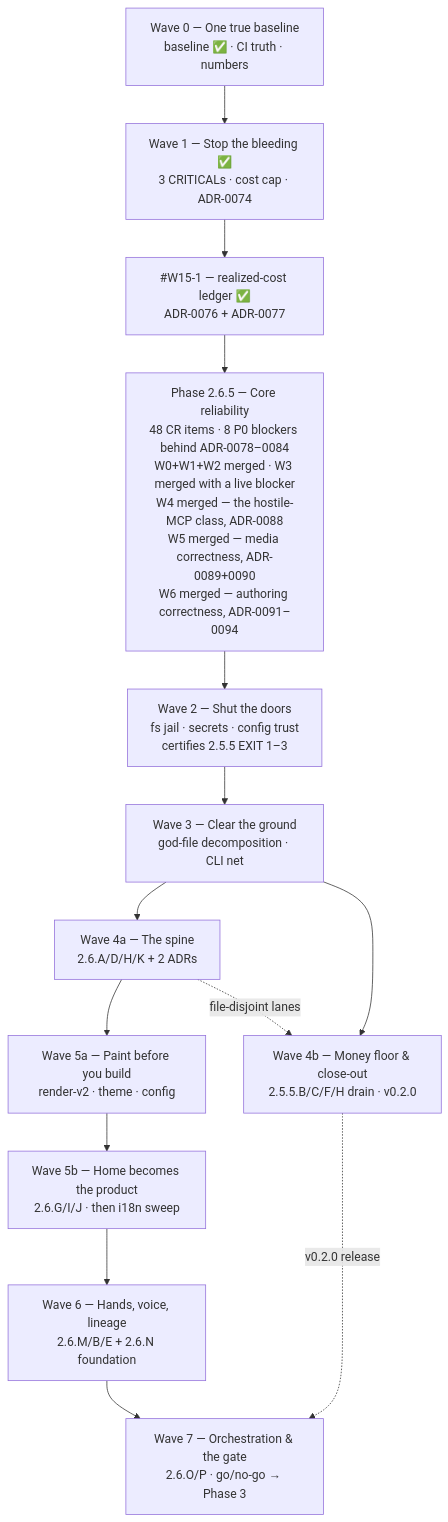
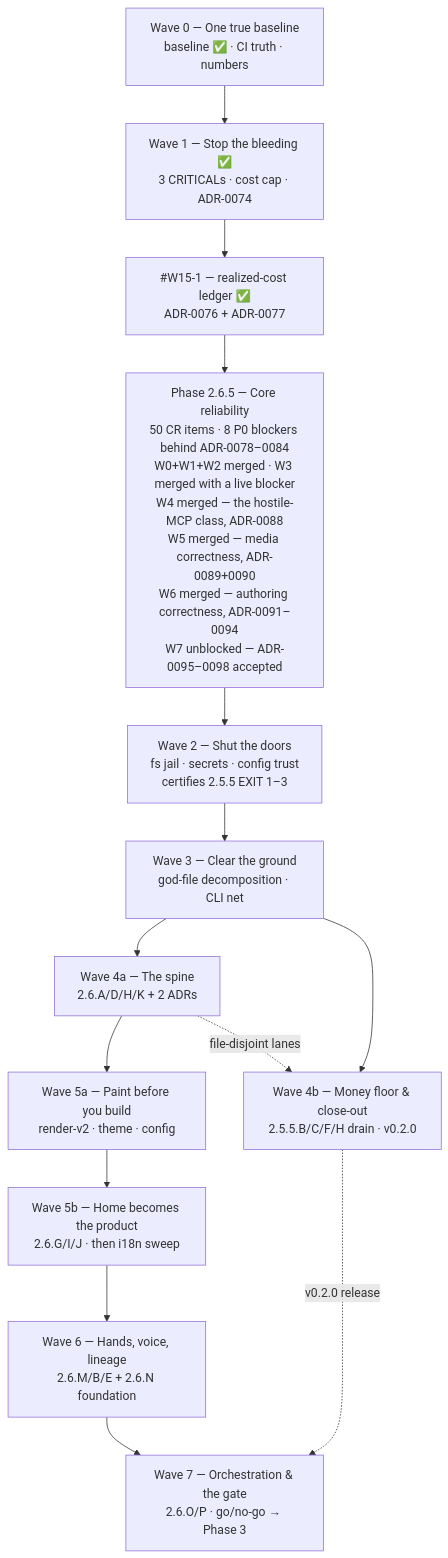
The diagram in docs/roadmap/current.md (HodeTech/Relavium), drawn with Mermaid before and after one commit. The commit also changed other lines of this file and 9 other files, not shown here.

First line of the commit message:
docs(roadmap,reference): record the W7 decisions, open CR-96 and CR-97, narrow three false claims

````diff
--- a/docs/roadmap/current.md
+++ b/docs/roadmap/current.md
@@ -89,19 +88,19 @@
 ```mermaid
 flowchart TD
     W0["Wave 0 — One true baseline<br/>baseline ✅ · CI truth · numbers"]
     W1["Wave 1 — Stop the bleeding ✅<br/>3 CRITICALs · cost cap · ADR-0074"]
     LEDGER["#W15-1 — realized-cost ledger ✅<br/>ADR-0076 + ADR-0077"]
-    P265["Phase 2.6.5 — Core reliability<br/>48 CR items · 8 P0 blockers behind ADR-0078–0084<br/>W0+W1+W2 merged · W3 merged with a live blocker<br/>W4 merged — the hostile-MCP class, ADR-0088<br/>W5 merged — media correctness, ADR-0089+0090<br/>W6 merged — authoring correctness, ADR-0091–0094"]
+    P265["Phase 2.6.5 — Core reliability<br/>50 CR items · 8 P0 blockers behind ADR-0078–0084<br/>W0+W1+W2 merged · W3 merged with a live blocker<br/>W4 merged — the hostile-MCP class, ADR-0088<br/>W5 merged — media correctness, ADR-0089+0090<br/>W6 merged — authoring correctness, ADR-0091–0094<br/>W7 unblocked — ADR-0095–0098 accepted"]
     W2["Wave 2 — Shut the doors<br/>fs jail · secrets · config trust<br/>certifies 2.5.5 EXIT 1–3"]
     W3["Wave 3 — Clear the ground<br/>god-file decomposition · CLI net"]
     W4a["Wave 4a — The spine<br/>2.6.A/D/H/K + 2 ADRs"]
     W4b["Wave 4b — Money floor & close-out<br/>2.5.5.B/C/F/H drain · v0.2.0"]
     W5a["Wave 5a — Paint before you build<br/>render-v2 · theme · config"]
     W5b["Wave 5b — Home becomes the product<br/>2.6.G/I/J · then i18n sweep"]
     W6["Wave 6 — Hands, voice, lineage<br/>2.6.M/B/E + 2.6.N foundation"]
     W7["Wave 7 — Orchestration & the gate<br/>2.6.O/P · go/no-go → Phase 3"]
     W0 --> W1 --> LEDGER --> P265 --> W2 --> W3 --> W4a --> W5a --> W5b --> W6 --> W7
     W3 --> W4b
     W4b -.->|v0.2.0 release| W7
     W4a -.->|file-disjoint lanes| W4b
 ```
````
